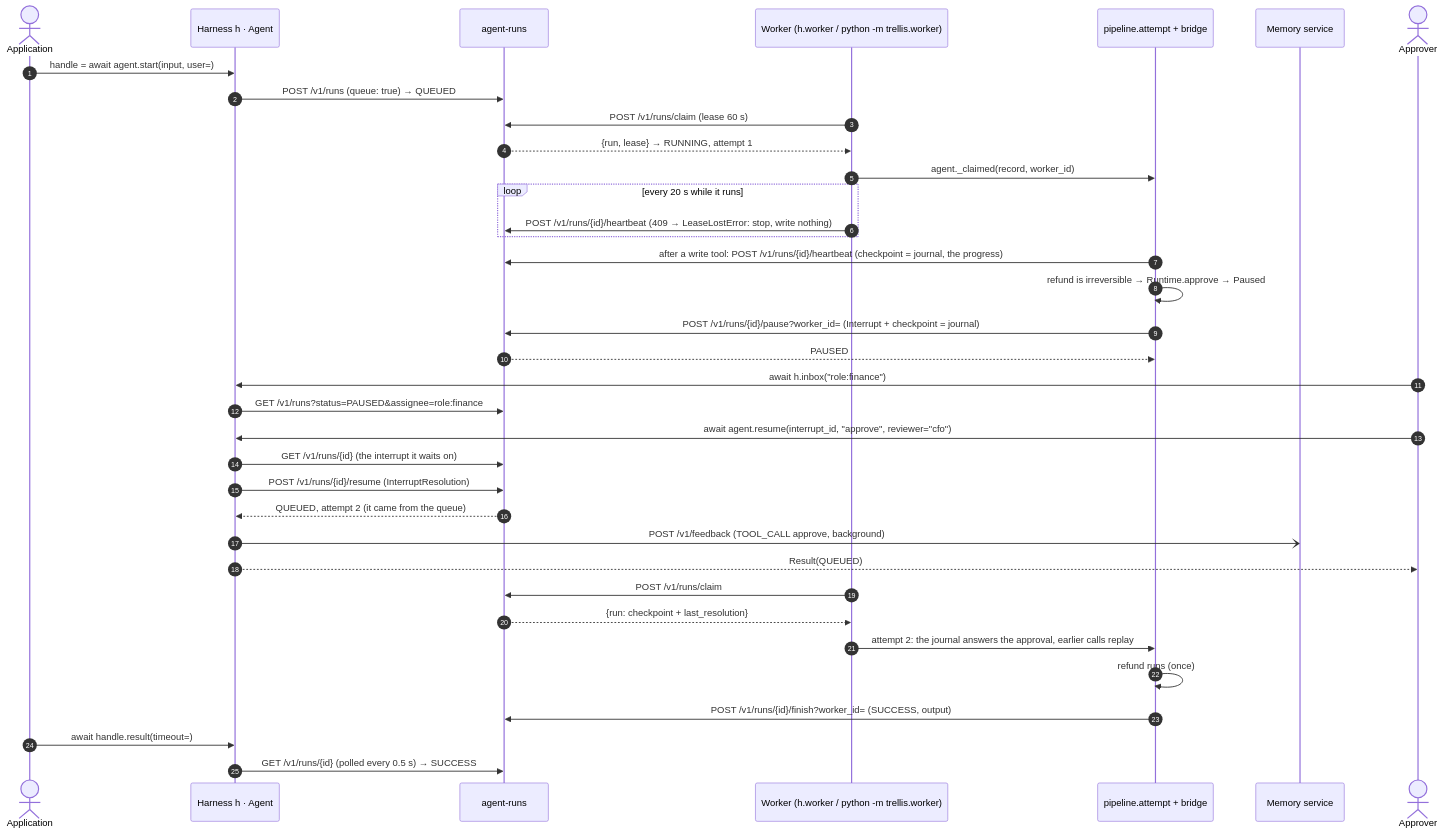
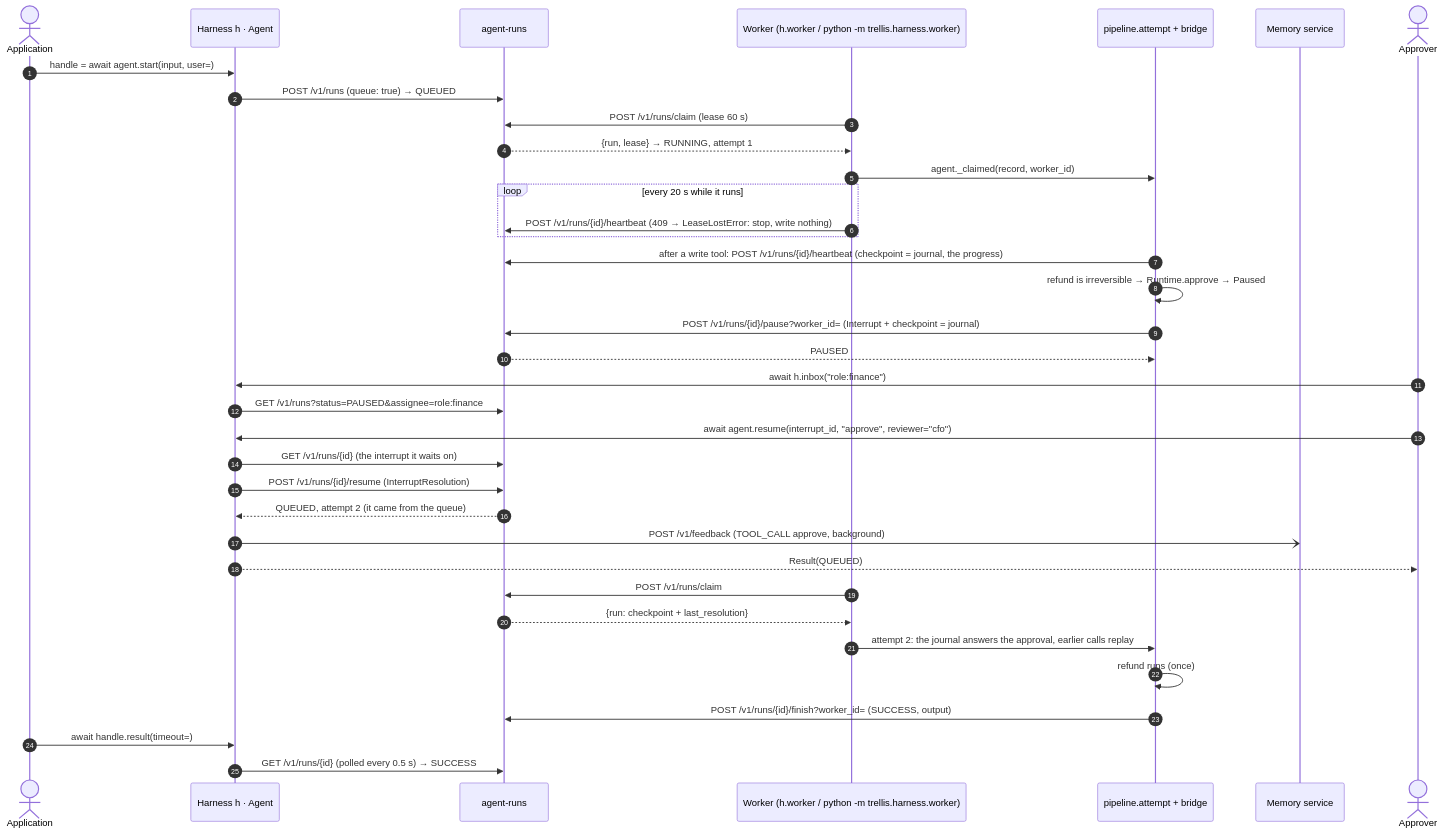
Before and after one commit to amitmohapatra/agent-harness: the fifth of 10 diagrams in ARCHITECTURE.md, drawn with Mermaid. The commit also changed other lines of this file and 18 other files, not shown here.

First line of the commit message:
The worker runs on trellis.runs.Worker

````diff
--- a/ARCHITECTURE.md
+++ b/ARCHITECTURE.md
@@ -343,39 +345,39 @@
 ```mermaid
 sequenceDiagram
   autonumber
   actor App as Application
   participant Agent as Harness h · Agent
   participant AR as agent-runs
-  participant Wk as Worker (h.worker / python -m trellis.worker)
+  participant Wk as Worker (h.worker / python -m trellis.harness.worker)
   participant P as pipeline.attempt + bridge
   participant Mem as Memory service
   actor CFO as Approver
 
   App->>Agent: handle = await agent.start(input, user=)
   Agent->>AR: POST /v1/runs (queue: true) → QUEUED
   Wk->>AR: POST /v1/runs/claim (lease 60 s)
   AR-->>Wk: {run, lease} → RUNNING, attempt 1
   Wk->>P: agent._claimed(record, worker_id)
   loop every 20 s while it runs
     Wk->>AR: POST /v1/runs/{id}/heartbeat (409 → LeaseLostError: stop, write nothing)
   end
   P->>AR: after a write tool: POST /v1/runs/{id}/heartbeat (checkpoint = journal, the progress)
   P->>P: refund is irreversible → Runtime.approve → Paused
   P->>AR: POST /v1/runs/{id}/pause?worker_id= (Interrupt + checkpoint = journal)
   AR-->>P: PAUSED
   CFO->>Agent: await h.inbox("role:finance")
   Agent->>AR: GET /v1/runs?status=PAUSED&assignee=role:finance
   CFO->>Agent: await agent.resume(interrupt_id, "approve", reviewer="cfo")
   Agent->>AR: GET /v1/runs/{id} (the interrupt it waits on)
   Agent->>AR: POST /v1/runs/{id}/resume (InterruptResolution)
   AR-->>Agent: QUEUED, attempt 2 (it came from the queue)
   Agent-)Mem: POST /v1/feedback (TOOL_CALL approve, background)
   Agent-->>CFO: Result(QUEUED)
   Wk->>AR: POST /v1/runs/claim
   AR-->>Wk: {run: checkpoint + last_resolution}
   Wk->>P: attempt 2: the journal answers the approval, earlier calls replay
   P->>P: refund runs (once)
   P->>AR: POST /v1/runs/{id}/finish?worker_id= (SUCCESS, output)
   App->>Agent: await handle.result(timeout=)
   Agent->>AR: GET /v1/runs/{id} (polled every 0.5 s) → SUCCESS
 ```
````
